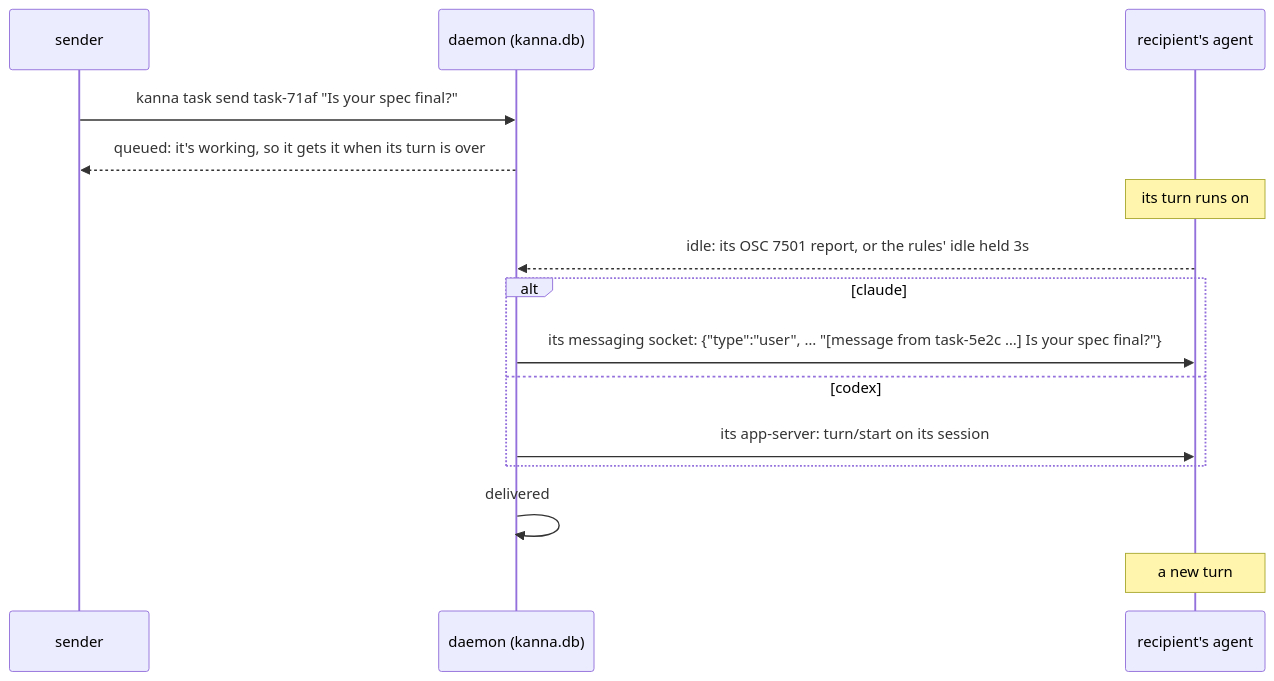
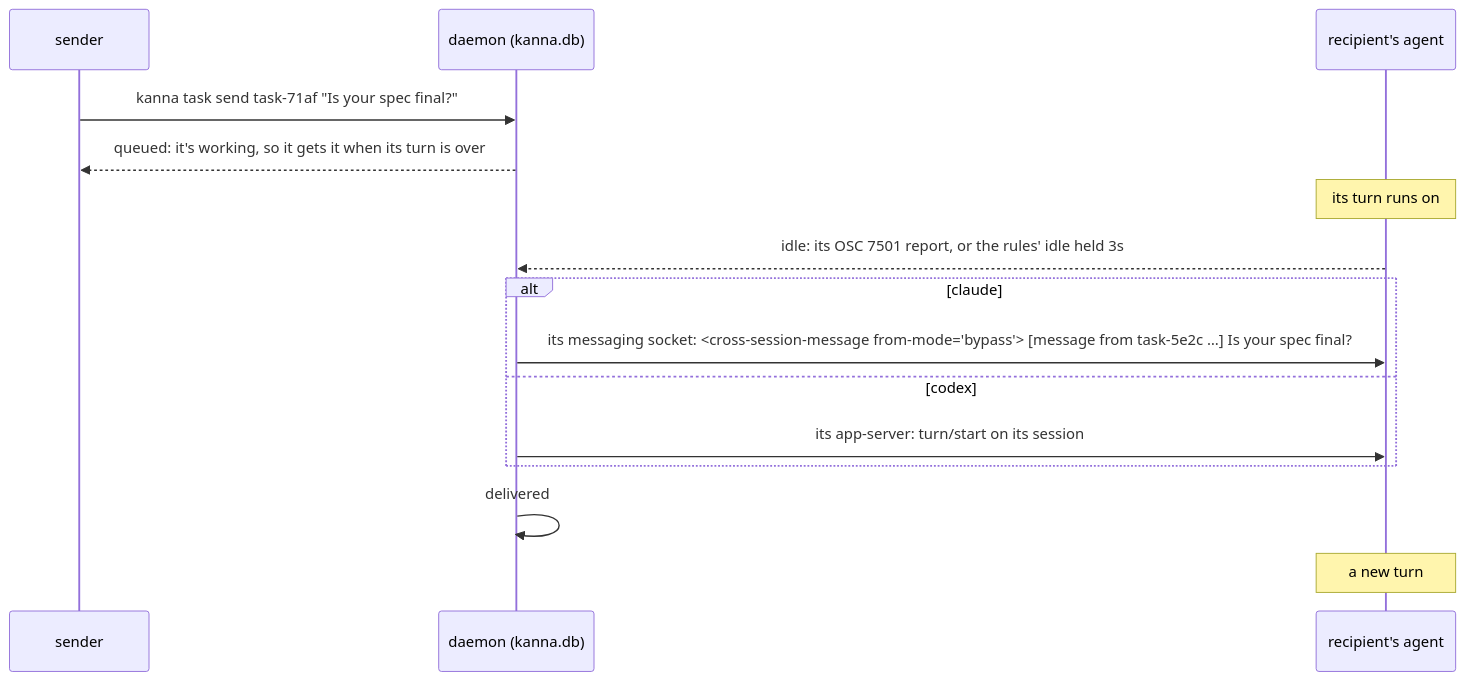
Before and after one commit to tampopogk/kanna: the second of 3 diagrams in docs/specs/agent-messaging.md, drawn with Mermaid. The commit also changed other lines of this file and 13 other files, not shown here.

````diff
--- a/docs/specs/agent-messaging.md
+++ b/docs/specs/agent-messaging.md
@@ -34,17 +34,17 @@
 ```mermaid
 sequenceDiagram
     participant S as sender
     participant D as daemon (kanna.db)
     participant T as recipient's agent
     S->>D: kanna task send task-71af "Is your spec final?"
     D-->>S: queued: it's working, so it gets it when its turn is over
     Note over T: its turn runs on
     T-->>D: idle: its OSC 7501 report, or the rules' idle held 3s
     alt claude
-        D->>T: its messaging socket: {"type":"user", … "[message from task-5e2c …] Is your spec final?"}
+        D->>T: its messaging socket: <cross-session-message from-mode="bypass"> [message from task-5e2c …] Is your spec final?
     else codex
         D->>T: its app-server: turn/start on its session
     end
     D->>D: delivered
     Note over T: a new turn
 ```
````
